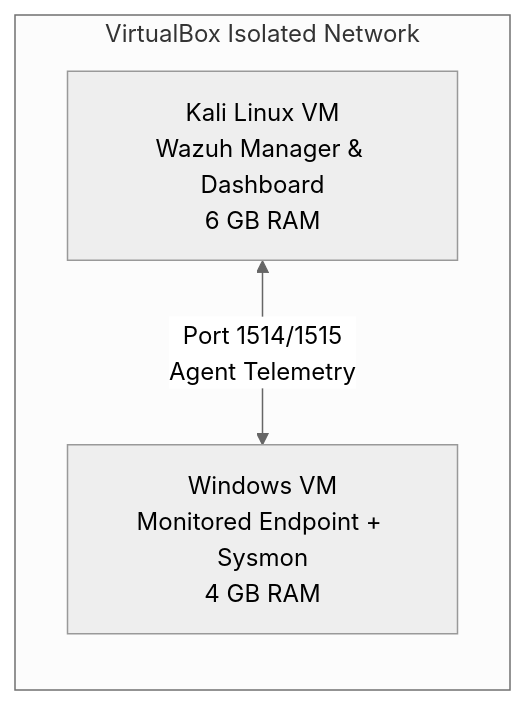
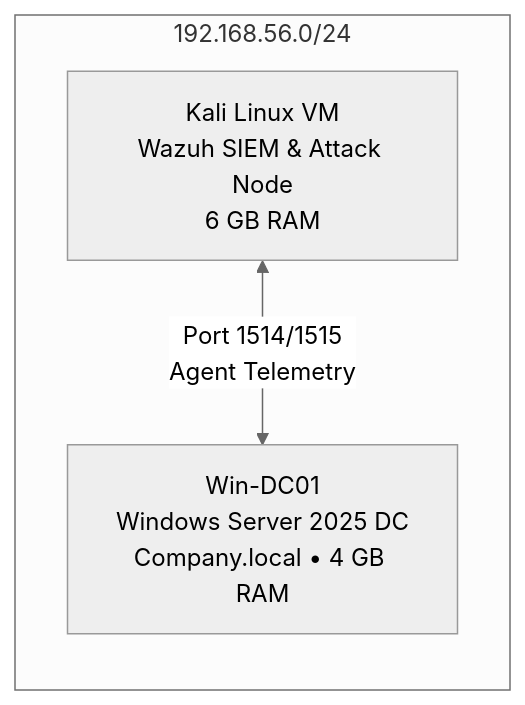
One commit to dcaudel-cpu/SOC-Lab changed the diagram in README.md. Above: the diagram before and after it, drawn with Mermaid (neutral theme). The commit also changed other lines of this file, not shown here.

````diff
--- a/README.md
+++ b/README.md
@@ -20,6 +20,6 @@
 ```mermaid
 graph LR
-    subgraph VirtualBox Isolated Network
-        A[Kali Linux VM<br/>Wazuh Manager & Dashboard<br/>6 GB RAM] <-->|Port 1514/1515<br/>Agent Telemetry| B[Windows VM<br/>Monitored Endpoint + Sysmon<br/>4 GB RAM]
+    subgraph VirtualBox Isolated Network [192.168.56.0/24]
+        A[Kali Linux VM<br/>Wazuh SIEM & Attack Node<br/>6 GB RAM] <-->|Port 1514/1515<br/>Agent Telemetry| B[Win-DC01<br/>Windows Server 2025 DC<br/>Company.local • 4 GB RAM]
     end
 ```
````
